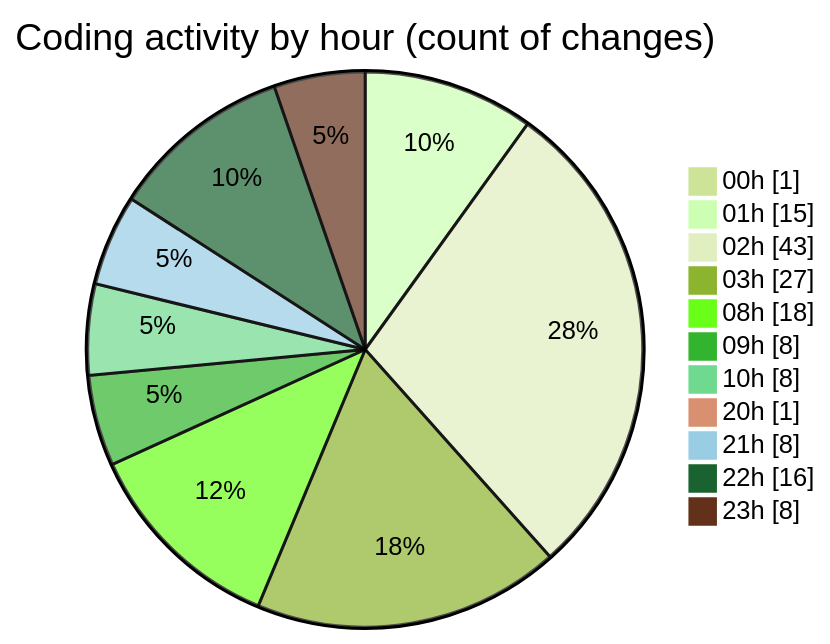
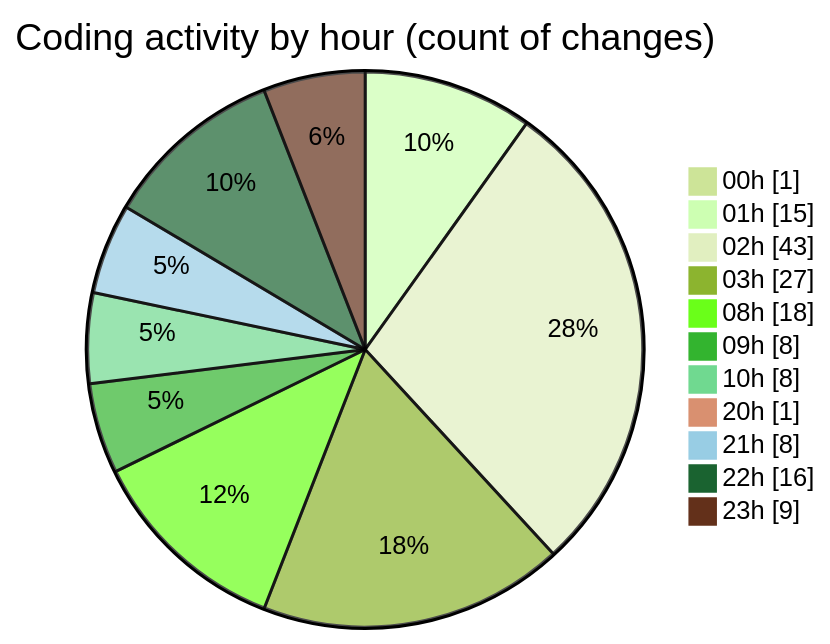
The second of 2 diagrams in 2025-05-01/niten/README.md (Elitesun/code-tracking), drawn with Mermaid (forest theme) before and after one commit. The commit also changed other lines of this file and 1 other file, not shown here.

````diff
--- a/2025-05-01/niten/README.md
+++ b/2025-05-01/niten/README.md
@@ -75,15 +76,15 @@
 ```mermaid
 pie showData
 title Coding activity by hour (count of changes)
 "00h" : 1
 "01h" : 15
 "02h" : 43
 "03h" : 27
 "08h" : 18
 "09h" : 8
 "10h" : 8
 "20h" : 1
 "21h" : 8
 "22h" : 16
-"23h" : 8
+"23h" : 9
 ```
````
